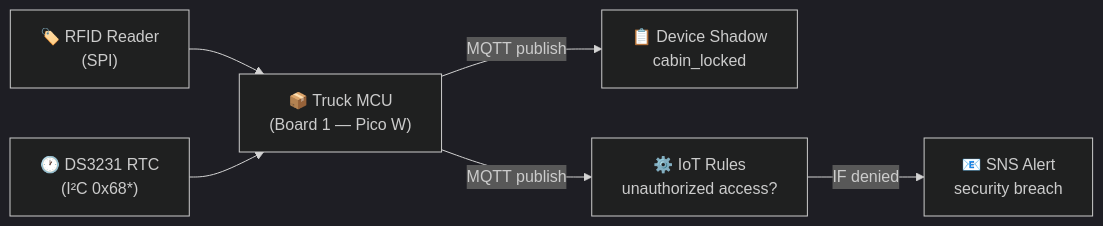
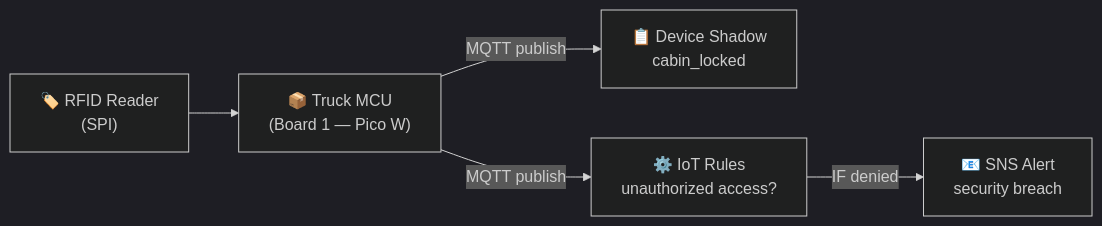
Before and after one commit to prgrobots/Iot2_new: the third of 7 diagrams in docs/electronics/09.md, drawn with Mermaid (dark theme). The commit also changed other lines of this file and 4 other files, not shown here.

````diff
--- a/docs/electronics/09.md
+++ b/docs/electronics/09.md
@@ -175,19 +167,17 @@
 ```mermaid
 graph LR
     RFID["🏷️ RFID Reader<br/>(SPI)"]
-    RTC["🕐 DS3231 RTC<br/>(I²C 0x68*)"]
     
     Board1["📦 Truck MCU<br/>(Board 1 — Pico W)"]
     
     Shadow["📋 Device Shadow<br/>cabin_locked"]
     Rules["⚙️ IoT Rules<br/>unauthorized access?"]
     SNS["📧 SNS Alert<br/>security breach"]
     
     RFID --> Board1
-    RTC --> Board1
     
     Board1 -->|MQTT publish| Shadow
     Board1 -->|MQTT publish| Rules
     
     Rules -->|IF denied| SNS
 ```
````
